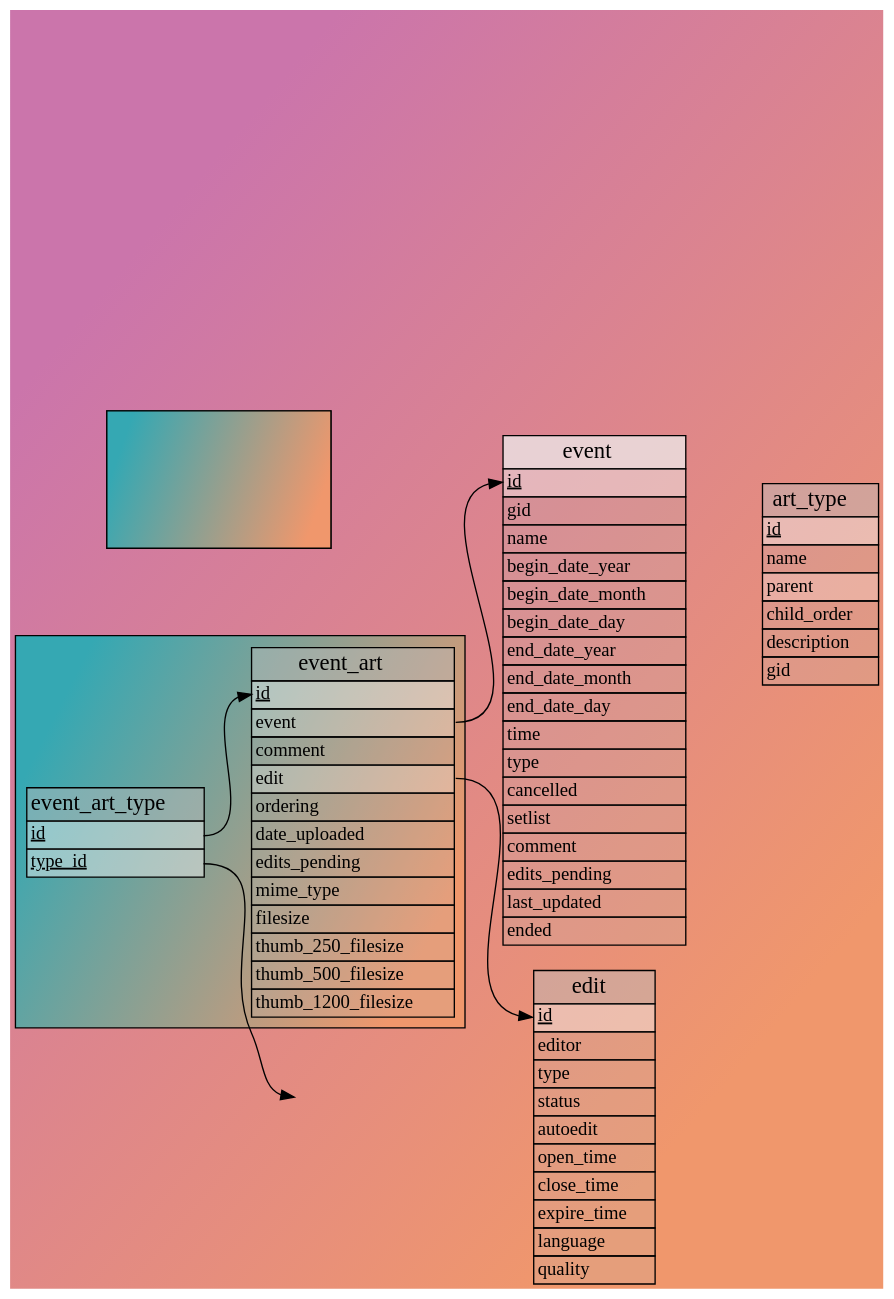
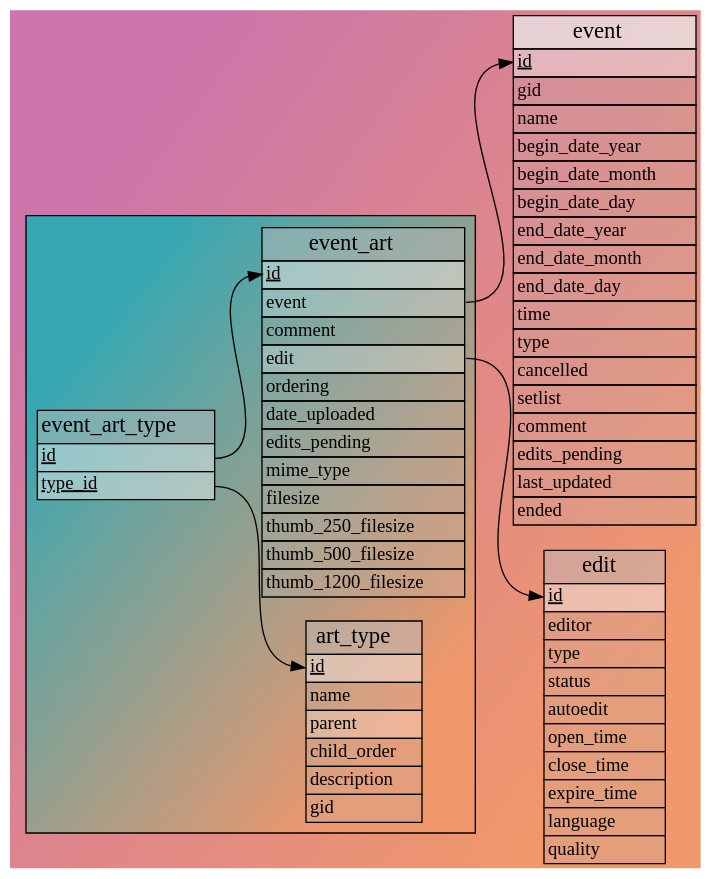
The diagram in docs/database_schema_diagrams/graphs/event_art_details.dot (metabrainz/musicbrainz-server), drawn with Graphviz before and after one commit. The commit also changed 2 other files, not shown here.

Commit message:
Manually fix diagrams on CAA/EAA `art_type` tables

```diff
--- a/docs/database_schema_diagrams/graphs/event_art_details.dot
+++ b/docs/database_schema_diagrams/graphs/event_art_details.dot
@@ -1,119 +1,114 @@
-// Automatically generated, do not edit.
+// Automatically generated, do not edit, except to compensate for the lack of MBS-13668.
 // - Database schema sequence: 29
 digraph event_art_details {
     tooltip = "Tables for event art"
     graph [
         bgcolor = "#cb75ab:#f0976c"
         concentrate = true
         gradientangle = 330
         pack = true
         rankdir = "LR"
     ];
     node [
         shape = plain
     ];
 
     // Tables
     "art_type" [
         label = <
             <table border="0" cellspacing="0" cellborder="1">
                 <tr><td bgcolor="#bbbbbb77"><font point-size="17">art_type</font></td></tr>
                 <tr><td bgcolor="#eeeeee77" align="left" port="id"><font point-size="14"><u>id</u></font></td></tr>
                 <tr><td bgcolor="#bbbbbb33" align="left" port="name"><font point-size="14">name</font></td></tr>
                 <tr><td bgcolor="#eeeeee55" align="left" port="parent"><font point-size="14">parent</font></td></tr>
                 <tr><td bgcolor="#bbbbbb33" align="left" port="child_order"><font point-size="14">child_order</font></td></tr>
                 <tr><td bgcolor="#bbbbbb33" align="left" port="description"><font point-size="14">description</font></td></tr>
                 <tr><td bgcolor="#bbbbbb33" align="left" port="gid"><font point-size="14">gid</font></td></tr>
             </table>
         >
     ];
     "edit" [
         label = <
             <table border="0" cellspacing="0" cellborder="1">
                 <tr><td bgcolor="#bbbbbb77"><font point-size="17">edit</font></td></tr>
                 <tr><td bgcolor="#eeeeee77" align="left" port="id"><font point-size="14"><u>id</u></font></td></tr>
                 <tr><td bgcolor="#bbbbbb33" align="left" port="editor"><font point-size="14">editor</font></td></tr>
                 <tr><td bgcolor="#bbbbbb33" align="left" port="type"><font point-size="14">type</font></td></tr>
                 <tr><td bgcolor="#bbbbbb33" align="left" port="status"><font point-size="14">status</font></td></tr>
                 <tr><td bgcolor="#bbbbbb33" align="left" port="autoedit"><font point-size="14">autoedit</font></td></tr>
                 <tr><td bgcolor="#bbbbbb33" align="left" port="open_time"><font point-size="14">open_time</font></td></tr>
                 <tr><td bgcolor="#bbbbbb33" align="left" port="close_time"><font point-size="14">close_time</font></td></tr>
                 <tr><td bgcolor="#bbbbbb33" align="left" port="expire_time"><font point-size="14">expire_time</font></td></tr>
                 <tr><td bgcolor="#bbbbbb33" align="left" port="language"><font point-size="14">language</font></td></tr>
                 <tr><td bgcolor="#bbbbbb33" align="left" port="quality"><font point-size="14">quality</font></td></tr>
             </table>
         >
     ];
     "event" [
         label = <
             <table border="0" cellspacing="0" cellborder="1">
                 <tr><td bgcolor="#eeeeeebb"><font point-size="17">event</font></td></tr>
                 <tr><td bgcolor="#eeeeee77" align="left" port="id"><font point-size="14"><u>id</u></font></td></tr>
                 <tr><td bgcolor="#bbbbbb33" align="left" port="gid"><font point-size="14">gid</font></td></tr>
                 <tr><td bgcolor="#bbbbbb33" align="left" port="name"><font point-size="14">name</font></td></tr>
                 <tr><td bgcolor="#bbbbbb33" align="left" port="begin_date_year"><font point-size="14">begin_date_year</font></td></tr>
                 <tr><td bgcolor="#bbbbbb33" align="left" port="begin_date_month"><font point-size="14">begin_date_month</font></td></tr>
                 <tr><td bgcolor="#bbbbbb33" align="left" port="begin_date_day"><font point-size="14">begin_date_day</font></td></tr>
                 <tr><td bgcolor="#bbbbbb33" align="left" port="end_date_year"><font point-size="14">end_date_year</font></td></tr>
                 <tr><td bgcolor="#bbbbbb33" align="left" port="end_date_month"><font point-size="14">end_date_month</font></td></tr>
                 <tr><td bgcolor="#bbbbbb33" align="left" port="end_date_day"><font point-size="14">end_date_day</font></td></tr>
                 <tr><td bgcolor="#bbbbbb33" align="left" port="time"><font point-size="14">time</font></td></tr>
                 <tr><td bgcolor="#bbbbbb33" align="left" port="type"><font point-size="14">type</font></td></tr>
                 <tr><td bgcolor="#bbbbbb33" align="left" port="cancelled"><font point-size="14">cancelled</font></td></tr>
                 <tr><td bgcolor="#bbbbbb33" align="left" port="setlist"><font point-size="14">setlist</font></td></tr>
                 <tr><td bgcolor="#bbbbbb33" align="left" port="comment"><font point-size="14">comment</font></td></tr>
                 <tr><td bgcolor="#bbbbbb33" align="left" port="edits_pending"><font point-size="14">edits_pending</font></td></tr>
                 <tr><td bgcolor="#bbbbbb33" align="left" port="last_updated"><font point-size="14">last_updated</font></td></tr>
                 <tr><td bgcolor="#bbbbbb33" align="left" port="ended"><font point-size="14">ended</font></td></tr>
             </table>
         >
     ];
     "event_art" [
         label = <
             <table border="0" cellspacing="0" cellborder="1">
                 <tr><td bgcolor="#bbbbbb77"><font point-size="17">event_art</font></td></tr>
                 <tr><td bgcolor="#eeeeee77" align="left" port="id"><font point-size="14"><u>id</u></font></td></tr>
                 <tr><td bgcolor="#eeeeee55" align="left" port="event"><font point-size="14">event</font></td></tr>
                 <tr><td bgcolor="#bbbbbb33" align="left" port="comment"><font point-size="14">comment</font></td></tr>
                 <tr><td bgcolor="#eeeeee55" align="left" port="edit"><font point-size="14">edit</font></td></tr>
                 <tr><td bgcolor="#bbbbbb33" align="left" port="ordering"><font point-size="14">ordering</font></td></tr>
                 <tr><td bgcolor="#bbbbbb33" align="left" port="date_uploaded"><font point-size="14">date_uploaded</font></td></tr>
                 <tr><td bgcolor="#bbbbbb33" align="left" port="edits_pending"><font point-size="14">edits_pending</font></td></tr>
                 <tr><td bgcolor="#bbbbbb33" align="left" port="mime_type"><font point-size="14">mime_type</font></td></tr>
                 <tr><td bgcolor="#bbbbbb33" align="left" port="filesize"><font point-size="14">filesize</font></td></tr>
                 <tr><td bgcolor="#bbbbbb33" align="left" port="thumb_250_filesize"><font point-size="14">thumb_250_filesize</font></td></tr>
                 <tr><td bgcolor="#bbbbbb33" align="left" port="thumb_500_filesize"><font point-size="14">thumb_500_filesize</font></td></tr>
                 <tr><td bgcolor="#bbbbbb33" align="left" port="thumb_1200_filesize"><font point-size="14">thumb_1200_filesize</font></td></tr>
             </table>
         >
     ];
     "event_art_type" [
         label = <
             <table border="0" cellspacing="0" cellborder="1">
                 <tr><td bgcolor="#bbbbbb77"><font point-size="17">event_art_type</font></td></tr>
                 <tr><td bgcolor="#eeeeee77" align="left" port="id"><font point-size="14"><u>id</u></font></td></tr>
                 <tr><td bgcolor="#eeeeee77" align="left" port="type_id"><font point-size="14"><u>type_id</u></font></td></tr>
             </table>
         >
     ];
 
   // Schemas other than 'musicbrainz'
-    subgraph cluster_cover_art_archive {
-        bgcolor = "#35a8b3:#f0976c"
-
-        art_type;
-    }
     subgraph cluster_event_art_archive {
         bgcolor = "#35a8b3:#f0976c"
 
         art_type;
         event_art;
         event_art_type;
     }
 
     // References
     "event_art":"event" -> "event":"id"
     "event_art":"edit" -> "edit":"id"
     "event_art_type":"id" -> "event_art":"id"
     "event_art_type":"type_id" -> "art_type":"id"
 }
```
